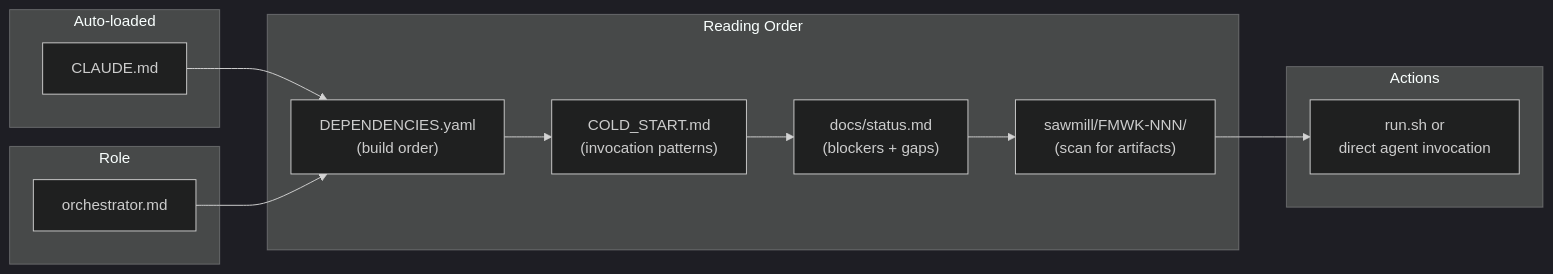
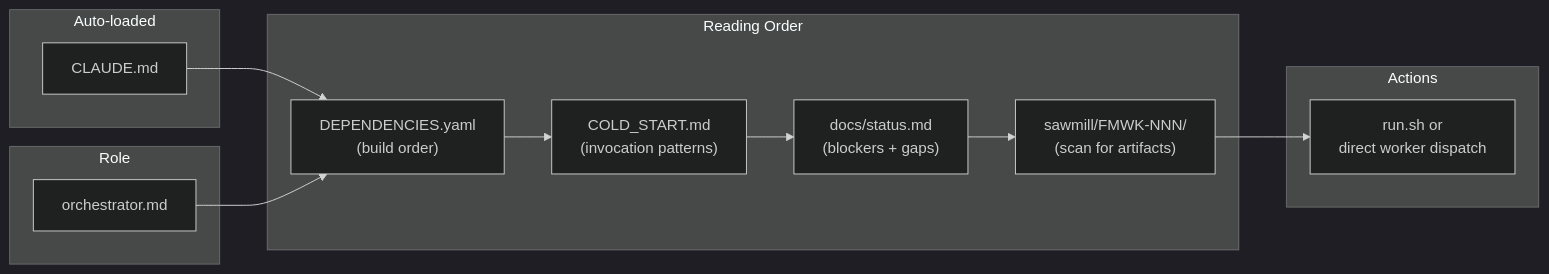
One commit to rabruni/Brain_Factory changed the second of 8 diagrams in docs/agent-onboarding.md. Above: the diagram before and after it, drawn with Mermaid (dark theme). The commit also changed other lines of this file and 62 other files, not shown here.

Commit message:
sawmill: centralize runtime config and harden unattended flow

````diff
--- a/docs/agent-onboarding.md
+++ b/docs/agent-onboarding.md
@@ -58,21 +62,21 @@
 ```mermaid
 graph LR
     subgraph "Auto-loaded"
         CTX["CLAUDE.md"]
     end
     subgraph "Role"
         ROLE["orchestrator.md"]
     end
     subgraph "Reading Order"
         DEP["DEPENDENCIES.yaml<br/>(build order)"]
         CS["COLD_START.md<br/>(invocation patterns)"]
         ST["docs/status.md<br/>(blockers + gaps)"]
         ART["sawmill/FMWK-NNN/<br/>(scan for artifacts)"]
     end
     subgraph "Actions"
-        RUN["run.sh or<br/>direct agent invocation"]
+        RUN["run.sh or<br/>direct worker dispatch"]
     end
     CTX --> DEP
     ROLE --> DEP
     DEP --> CS --> ST --> ART --> RUN
 ```
````
